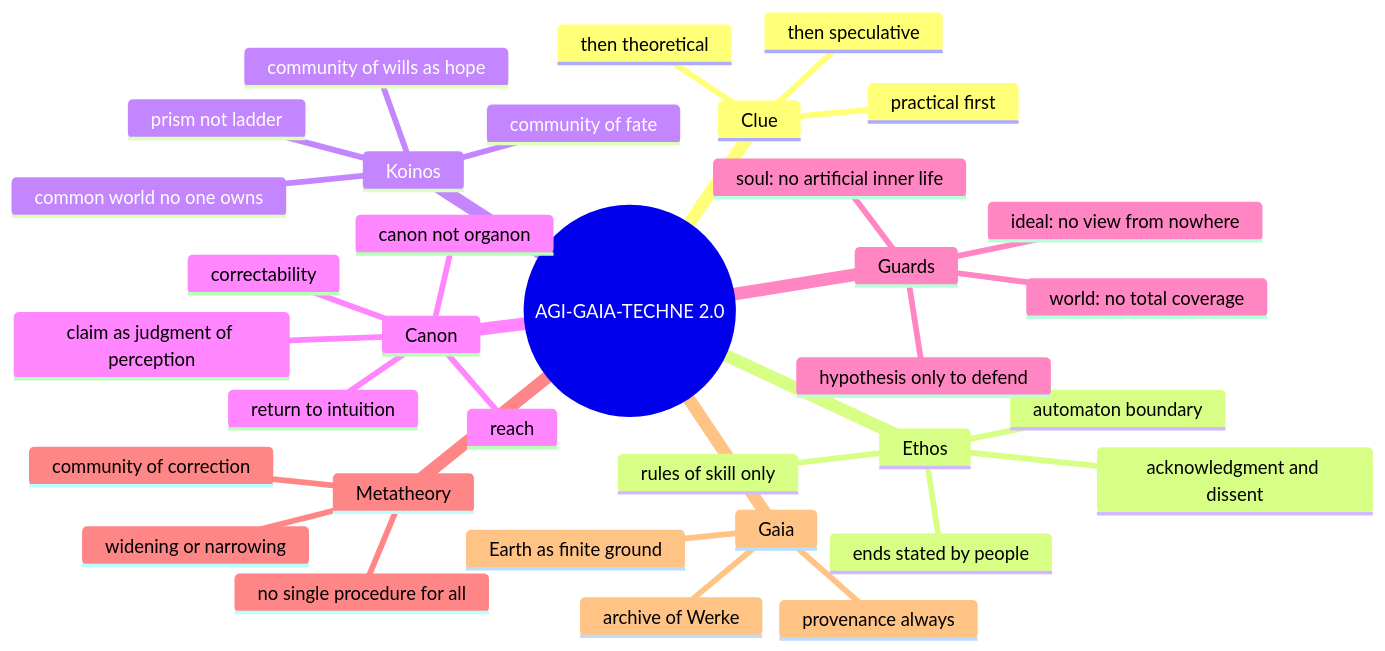
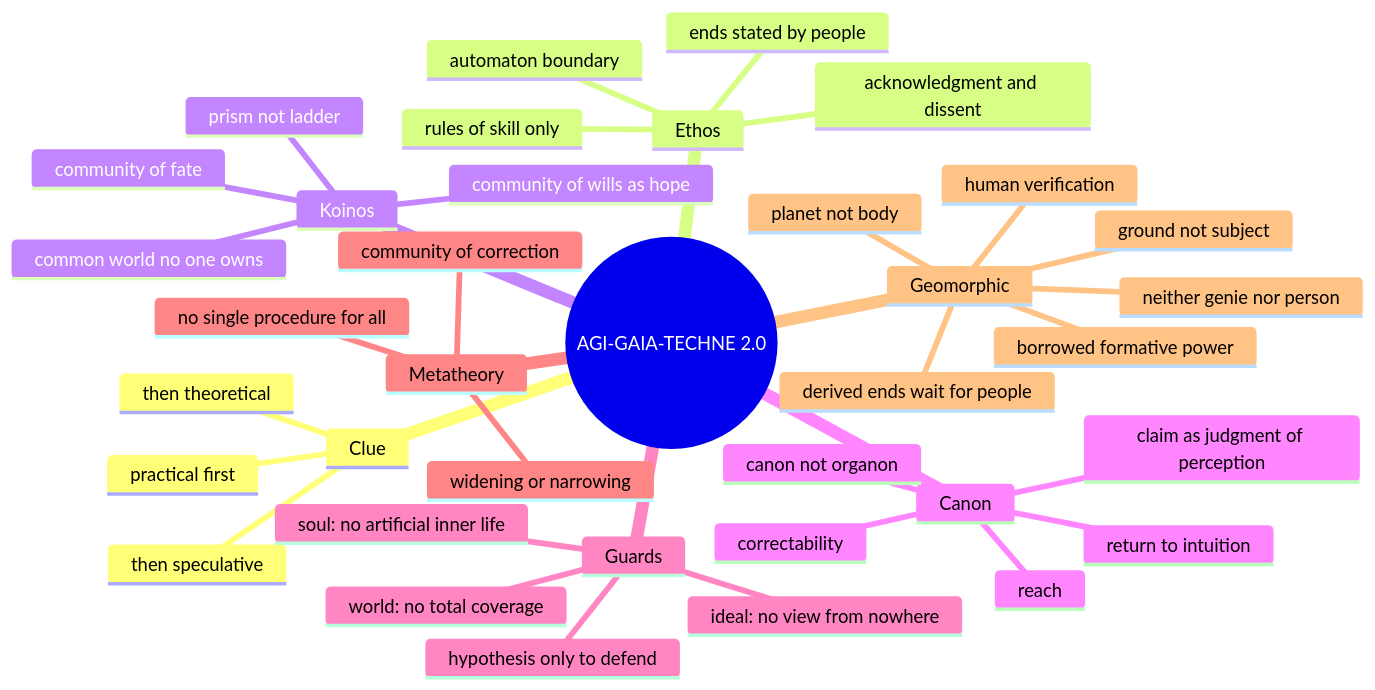
One commit to italosantosclemente/AGI-GAIA-TECHNE changed the fifth of 5 diagrams in README.md. Above: the diagram before and after it, drawn with Mermaid. The commit also changed other lines of this file and 11 other files, not shown here.

First line of the commit message:
Add the geomorphic condition: ground, derived ends, human verification

````diff
--- a/README.md
+++ b/README.md
@@ -381,37 +434,40 @@
 ```mermaid
 mindmap
   root((AGI-GAIA-TECHNE 2.0))
     Clue
       practical first
       then theoretical
       then speculative
     Ethos
       ends stated by people
       acknowledgment and dissent
       rules of skill only
       automaton boundary
     Koinos
       common world no one owns
       community of fate
       community of wills as hope
       prism not ladder
     Canon
       claim as judgment of perception
       reach
       correctability
       return to intuition
       canon not organon
     Guards
       soul: no artificial inner life
       world: no total coverage
       ideal: no view from nowhere
       hypothesis only to defend
     Metatheory
       community of correction
       widening or narrowing
       no single procedure for all
-    Gaia
-      Earth as finite ground
-      archive of Werke
-      provenance always
+    Geomorphic
+      planet not body
+      ground not subject
+      borrowed formative power
+      neither genie nor person
+      derived ends wait for people
+      human verification
 ```
````
